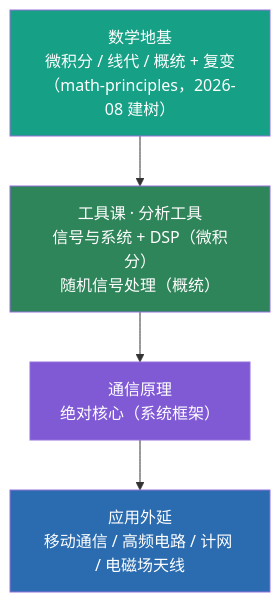
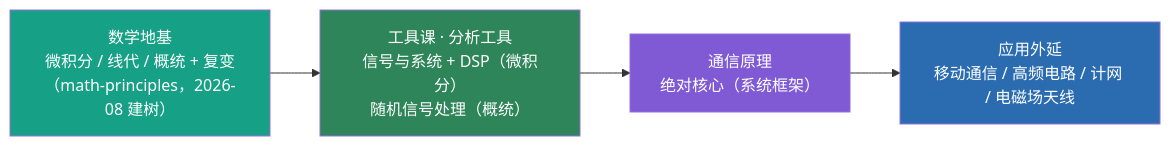
One commit to Baixiaodou/comm-knowledge-graph changed the fifth of 10 diagrams in README.md. Above: the diagram before and after it, drawn with Mermaid.

Commit message:
docs: 课程层次图改横向排布（LR），节约纵向空间

````diff
--- a/README.md
+++ b/README.md
@@ -312,11 +312,11 @@
 ```mermaid
-flowchart TB
+flowchart LR
     M["数学地基<br/>微积分 / 线代 / 概统 + 复变<br/>（math-principles，2026-08 建树）"] --> T["工具课 · 分析工具<br/>信号与系统 + DSP（微积分）<br/>随机信号处理（概统）"]
     T --> C["通信原理<br/>绝对核心（系统框架）"]
     C --> A["应用外延<br/>移动通信 / 高频电路 / 计网 / 电磁场天线"]
 
     style M fill:#16a085,color:#fff
     style T fill:#2f855a,color:#fff
     style C fill:#805ad5,color:#fff
     style A fill:#2b6cb0,color:#fff
 ```
````
